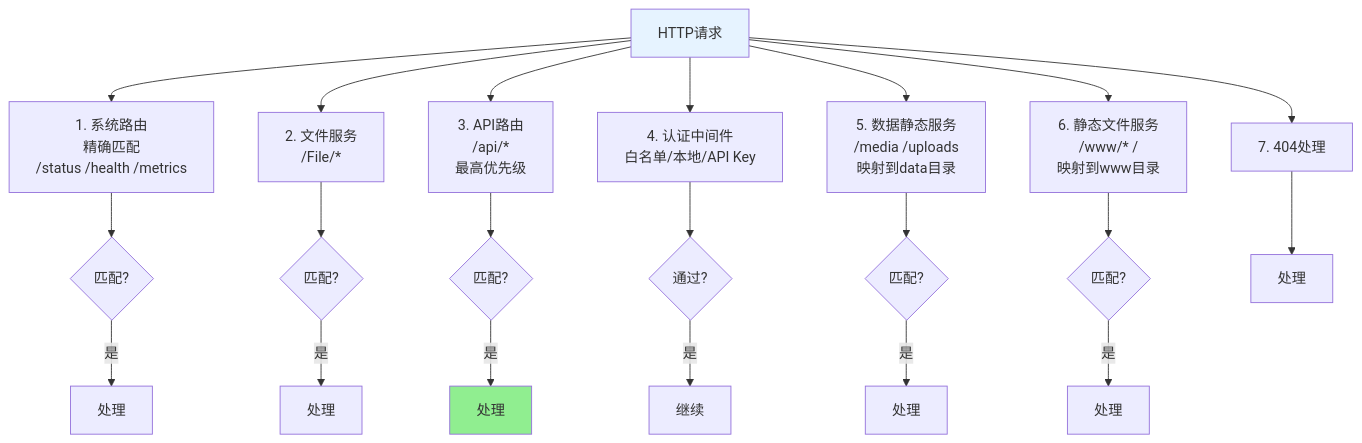
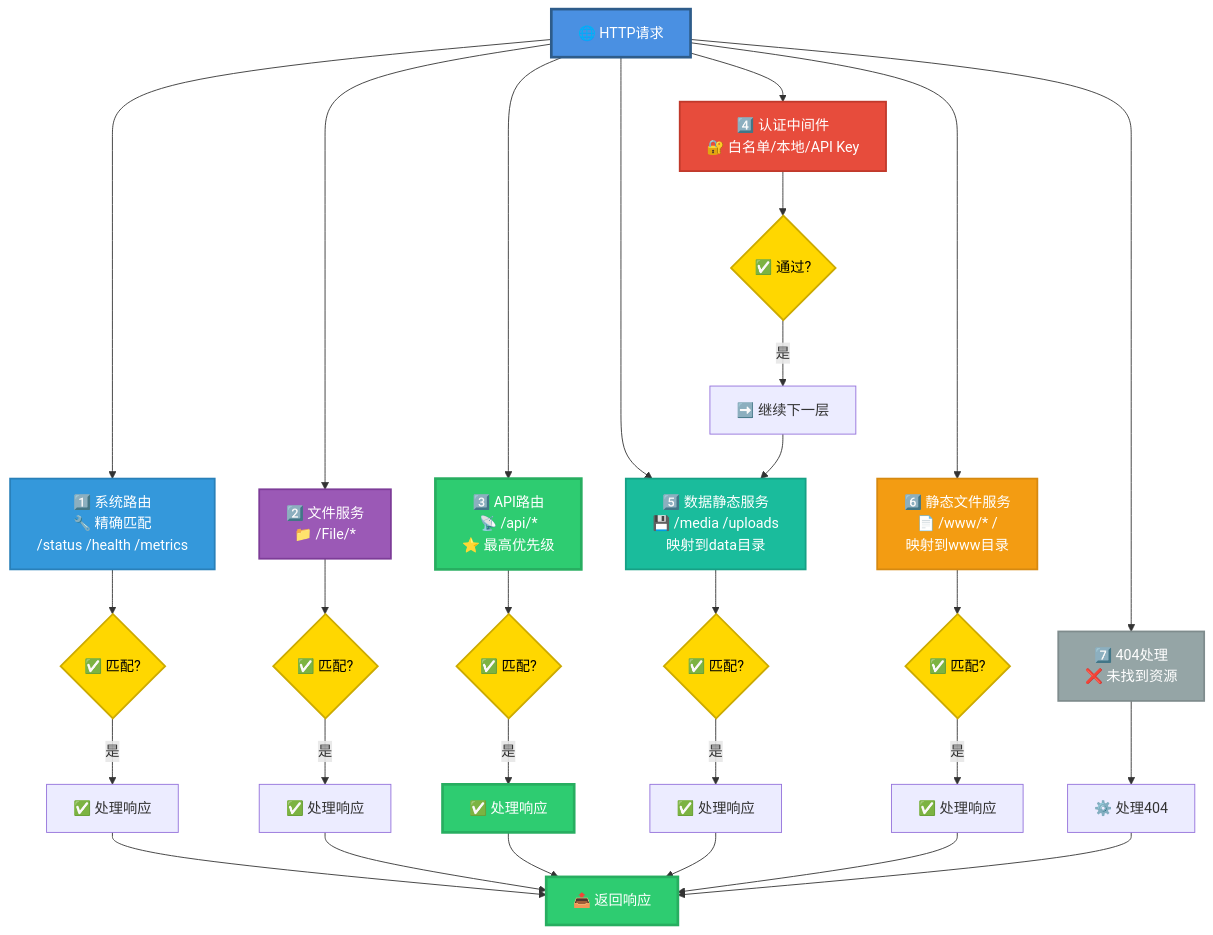
Diagram 12 of 13 in docs/server.md (sunflowermm/XRK-AGT), drawn with Mermaid before and after one commit. The commit also changed other lines of this file and 9 other files, not shown here.

````diff
--- a/docs/server.md
+++ b/docs/server.md
@@ -548,28 +667,50 @@
 ```mermaid
-graph TD
-    Request["HTTP请求"] --> Priority1["1. 系统路由<br/>精确匹配<br/>/status /health /metrics"]
-    Request --> Priority2["2. 文件服务<br/>/File/*"]
-    Request --> Priority3["3. API路由<br/>/api/*<br/>最高优先级"]
-    Request --> Priority4["4. 认证中间件<br/>白名单/本地/API Key"]
-    Request --> Priority5["5. 数据静态服务<br/>/media /uploads<br/>映射到data目录"]
-    Request --> Priority6["6. 静态文件服务<br/>/www/* /<br/>映射到www目录"]
-    Request --> Priority7["7. 404处理"]
+flowchart TB
+    Request["🌐 HTTP请求"] --> Priority1["1️⃣ 系统路由<br/>🔧 精确匹配<br/>/status /health /metrics"]
+    Request --> Priority2["2️⃣ 文件服务<br/>📁 /File/*"]
+    Request --> Priority3["3️⃣ API路由<br/>📡 /api/*<br/>⭐ 最高优先级"]
+    Request --> Priority4["4️⃣ 认证中间件<br/>🔐 白名单/本地/API Key"]
+    Request --> Priority5["5️⃣ 数据静态服务<br/>💾 /media /uploads<br/>映射到data目录"]
+    Request --> Priority6["6️⃣ 静态文件服务<br/>📄 /www/* /<br/>映射到www目录"]
+    Request --> Priority7["7️⃣ 404处理<br/>❌ 未找到资源"]
     
-    Priority1 --> Match1{匹配?}
-    Priority2 --> Match2{匹配?}
-    Priority3 --> Match3{匹配?}
-    Priority4 --> Match4{通过?}
-    Priority5 --> Match5{匹配?}
-    Priority6 --> Match6{匹配?}
-    Priority7 --> Match7[处理]
+    Priority1 --> Match1{"✅ 匹配?"}
+    Priority2 --> Match2{"✅ 匹配?"}
+    Priority3 --> Match3{"✅ 匹配?"}
+    Priority4 --> Match4{"✅ 通过?"}
+    Priority5 --> Match5{"✅ 匹配?"}
+    Priority6 --> Match6{"✅ 匹配?"}
+    Priority7 --> Match7["⚙️ 处理404"]
     
-    Match1 -->|是| Handler1[处理]
-    Match2 -->|是| Handler2[处理]
-    Match3 -->|是| Handler3[处理]
-    Match4 -->|是| Handler4[继续]
-    Match5 -->|是| Handler5[处理]
-    Match6 -->|是| Handler6[处理]
+    Match1 -->|"是"| Handler1["✅ 处理响应"]
+    Match2 -->|"是"| Handler2["✅ 处理响应"]
+    Match3 -->|"是"| Handler3["✅ 处理响应"]
+    Match4 -->|"是"| Handler4["➡️ 继续下一层"]
+    Match5 -->|"是"| Handler5["✅ 处理响应"]
+    Match6 -->|"是"| Handler6["✅ 处理响应"]
     
-    style Request fill:#E6F3FF
-    style Handler3 fill:#90EE90
+    Handler1 --> Response["📤 返回响应"]
+    Handler2 --> Response
+    Handler3 --> Response
+    Handler4 --> Priority5
+    Handler5 --> Response
+    Handler6 --> Response
+    Match7 --> Response
+    
+    style Request fill:#4A90E2,stroke:#2E5C8A,stroke-width:3px,color:#fff
+    style Priority1 fill:#3498DB,stroke:#2980B9,stroke-width:2px,color:#fff
+    style Priority2 fill:#9B59B6,stroke:#7D3C98,stroke-width:2px,color:#fff
+    style Priority3 fill:#2ECC71,stroke:#27AE60,stroke-width:3px,color:#fff
+    style Priority4 fill:#E74C3C,stroke:#C0392B,stroke-width:2px,color:#fff
+    style Priority5 fill:#1ABC9C,stroke:#16A085,stroke-width:2px,color:#fff
+    style Priority6 fill:#F39C12,stroke:#D68910,stroke-width:2px,color:#fff
+    style Priority7 fill:#95A5A6,stroke:#7F8C8D,stroke-width:2px,color:#fff
+    style Match1 fill:#FFD700,stroke:#CCAA00,stroke-width:2px,color:#000
+    style Match2 fill:#FFD700,stroke:#CCAA00,stroke-width:2px,color:#000
+    style Match3 fill:#FFD700,stroke:#CCAA00,stroke-width:2px,color:#000
+    style Match4 fill:#FFD700,stroke:#CCAA00,stroke-width:2px,color:#000
+    style Match5 fill:#FFD700,stroke:#CCAA00,stroke-width:2px,color:#000
+    style Match6 fill:#FFD700,stroke:#CCAA00,stroke-width:2px,color:#000
+    style Handler3 fill:#2ECC71,stroke:#27AE60,stroke-width:3px,color:#fff
+    style Response fill:#2ECC71,stroke:#27AE60,stroke-width:3px,color:#fff
 ```
````
